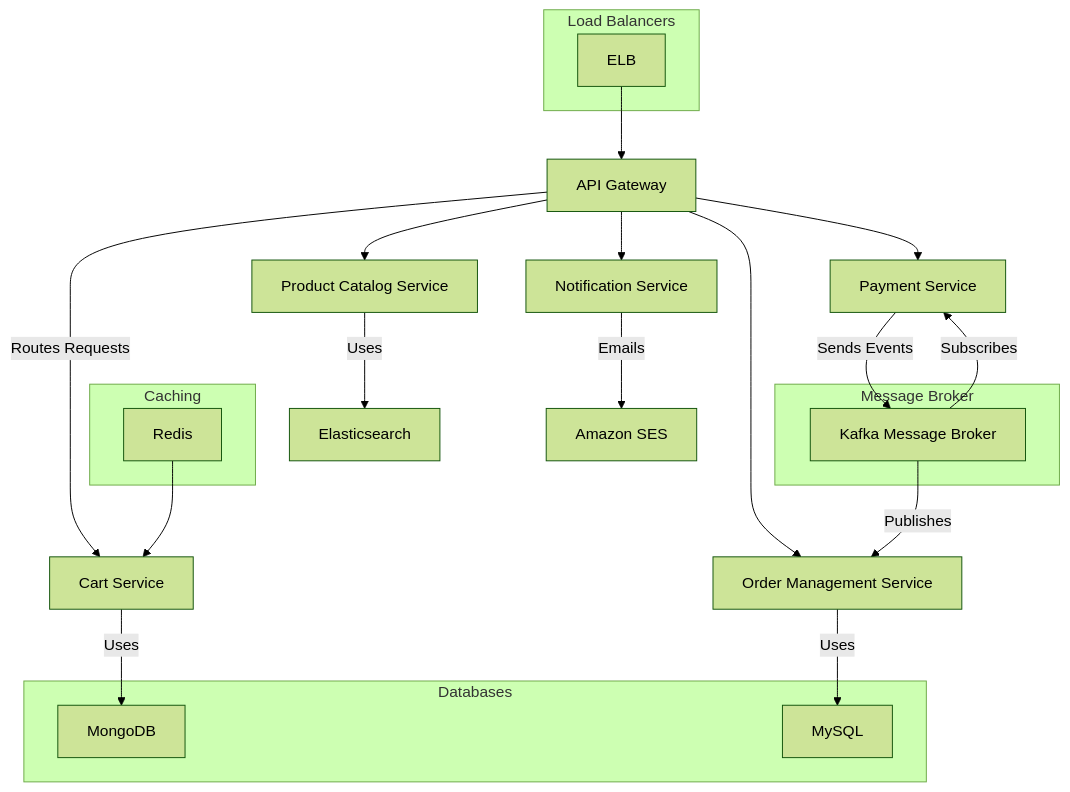
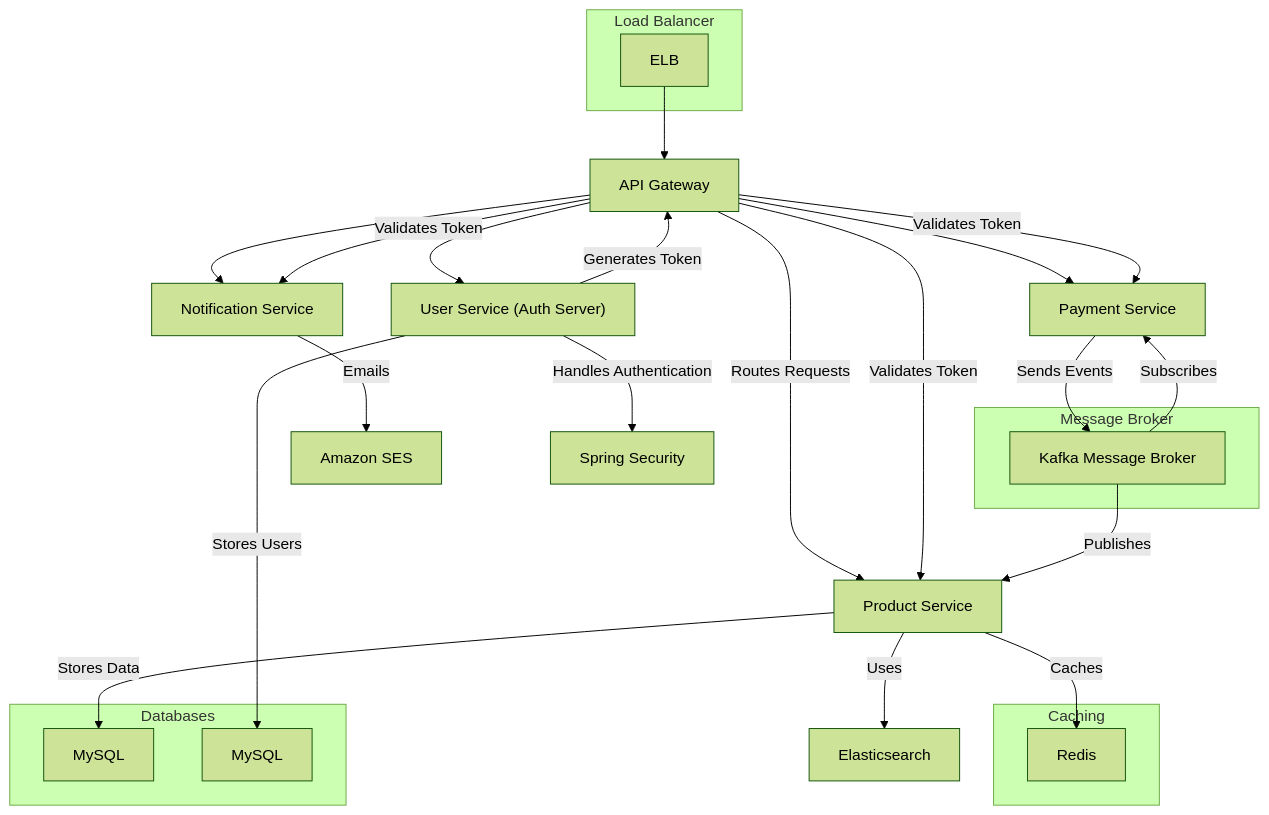
The diagram in SystemArchitecture.mmd (goelvinay5/WoolfProjectDocumentation), drawn with Mermaid (forest theme) before and after one commit.

```diff
--- a/SystemArchitecture.mmd
+++ b/SystemArchitecture.mmd
@@ -1,34 +1,53 @@
 graph TD;
-    A[API Gateway] -->|Routes Requests| B[Cart Service];
-    A --> C[Order Management Service];
-    A --> D[Product Catalog Service];
-    A --> E[Payment Service];
-    A --> F[Notification Service];
     
-    B -->|Uses| G[MongoDB];
-    C -->|Uses| H[MySQL];
-    D -->|Uses| I[Elasticsearch];
-    E -->|Sends Events| J[Kafka Message Broker];
-    F -->|Emails| K[Amazon SES];
+    %% API Gateway and Load Balancer
+    A["API Gateway"] -->|Routes Requests| B["Product Service"];
+    A --> C["Payment Service"];
+    A --> D["Notification Service"];
+    A --> E["User Service (Auth Server)"];
 
-    subgraph Load Balancers
-        L[ELB]
+    %% Product Service (Includes Order & Cart)
+    B -->|Uses| F["Elasticsearch"];
+    B -->|Stores Data| G["MySQL"];
+    B -->|Caches| H["Redis"];
+    
+    %% Payment Service
+    C -->|Sends Events| I["Kafka Message Broker"];
+
+    %% Notification Service
+    D -->|Emails| J["Amazon SES"];
+
+    %% User Service (Auth Server)
+    E -->|Handles Authentication| K["Spring Security"];
+    E -->|Stores Users| L["MySQL"];
+
+    %% Connections
+    E -->|Generates Token| A;
+    A -->|Validates Token| B;
+    A -->|Validates Token| C;
+    A -->|Validates Token| D;
+
+    %% Load Balancer
+    subgraph Load Balancer
+        M["ELB"]
     end
-    L --> A;
+    M --> A;
 
+    %% Caching
     subgraph Caching
-        M[Redis]
-    end
-    M --> B;
-
-    subgraph Databases
         H;
-        G;
     end
 
-    subgraph Message Broker
-        J;
+    %% Databases
+    subgraph Databases
+        G;
+        L;
     end
 
-    J -->|Publishes| C;
-    J -->|Subscribes| E;
+    %% Message Broker
+    subgraph Message Broker
+        I;
+    end
+
+    I -->|Publishes| B;
+    I -->|Subscribes| C;
```
